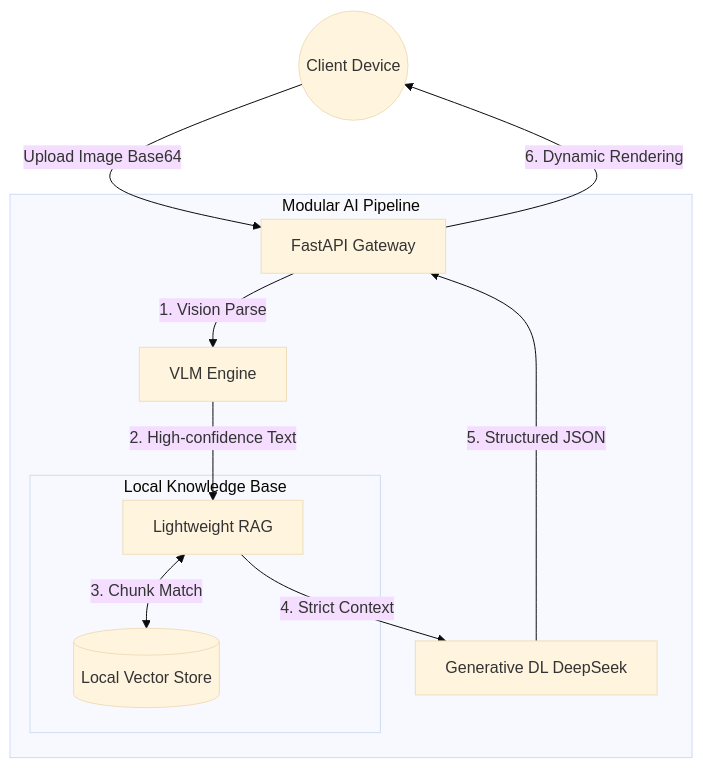
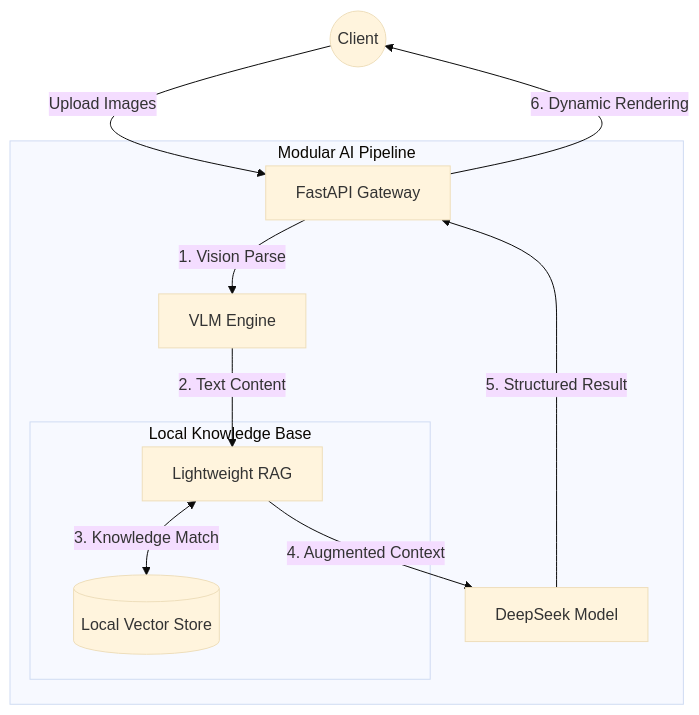
Before and after one commit to KardeniaPoyu/MiniRAGuard: the diagram in README.md, drawn with Mermaid (base theme). The commit also changed other lines of this file and 2 other files, not shown here.

````diff
--- a/README.md
+++ b/README.md
@@ -80,18 +80,18 @@
 ```mermaid
 graph TD
-    User((Client Device)) -->|Upload Image Base64| API_Gateway[FastAPI Gateway]
+    User((Client)) -->|Upload Images| API_Gateway[FastAPI Gateway]
     
     subgraph Modular AI Pipeline
         API_Gateway -->|1. Vision Parse| VL[VLM Engine]
-        VL -->|2. High-confidence Text| RAG_Engine[Lightweight RAG]
+        VL -->|2. Text Content| RAG_Engine[Lightweight RAG]
         
         subgraph Local Knowledge Base
-            RAG_Engine <-->|3. Chunk Match| VectorDB[(Local Vector Store)]
+            RAG_Engine <-->|3. Knowledge Match| VectorDB[(Local Vector Store)]
         end
         
-        RAG_Engine -->|4. Strict Context| LLM[Generative DL DeepSeek]
+        RAG_Engine -->|4. Augmented Context| LLM[DeepSeek Model]
     end
     
-    LLM -->|5. Structured JSON| API_Gateway
+    LLM -->|5. Structured Result| API_Gateway
     API_Gateway -->|6. Dynamic Rendering| User
 ```
````
